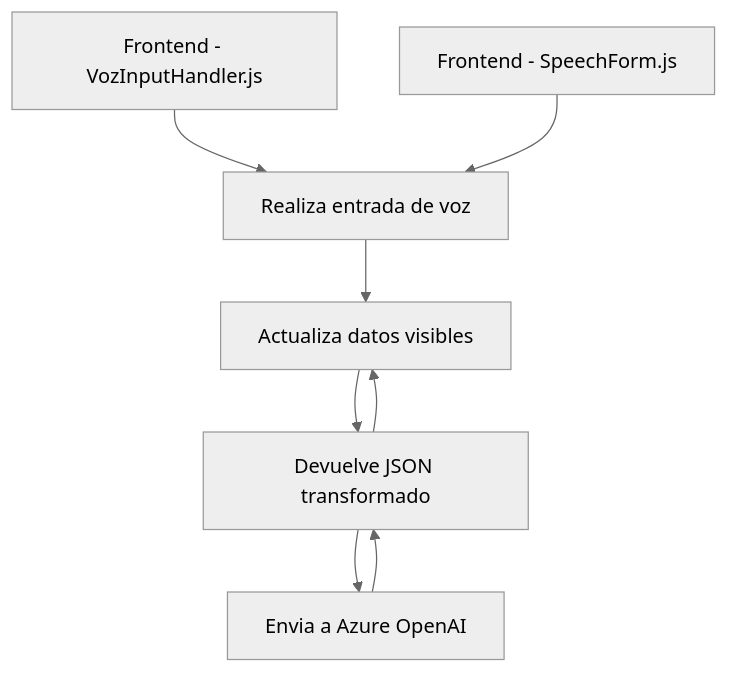
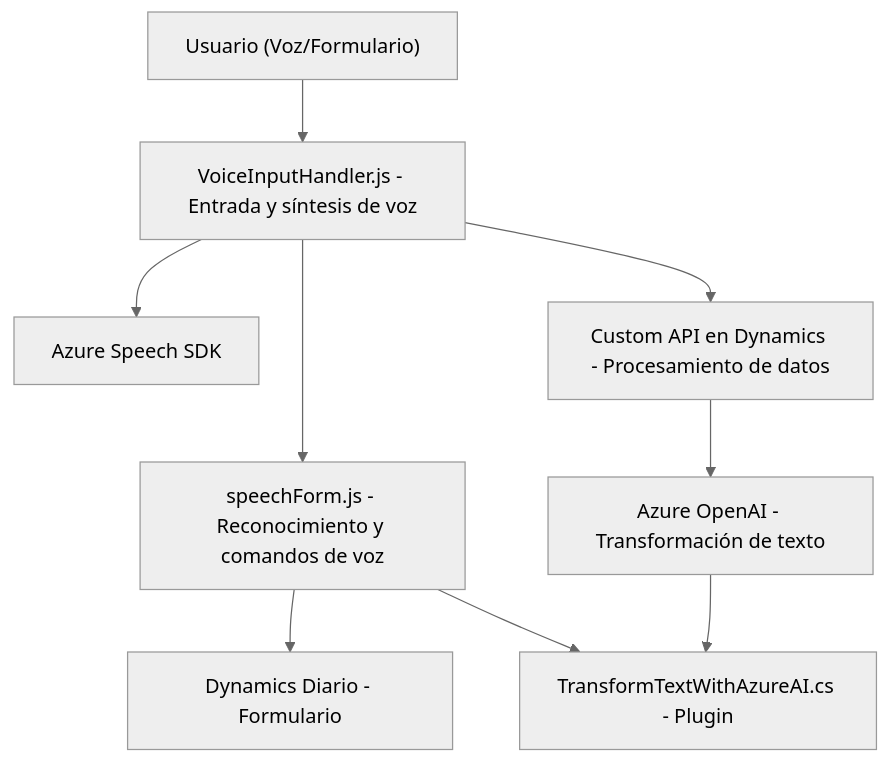
Before and after one commit to blopezdm/NETCORE_BILBAO2025: the diagram in README.md, drawn with Mermaid (neutral theme). The commit also changed other lines of this file, not shown here.

Commit message:
Actualizar análisis global de la solución con IA

````diff
--- a/README.md
+++ b/README.md
@@ -53,17 +36,20 @@
 ```mermaid
 graph TD
-    A["Frontend - VozInputHandler.js"]
-    B["Frontend - SpeechForm.js"]
-    C["API personalizada - Azure Speech SDK"]
-    D["Dynamics Plugin - TransformTextWithAzureAI.cs"]
-    E["Service - Azure OpenAI"]
-    F["Dynamics CRM - FormContext"]
-    
-    A --> C["Procesa síntesis de voz"]
-    B --> C["Realiza entrada de voz"]
-    C --> F["Interactúa con datos"]
-    F --> D["Plugin transforma texto"]
-    D --> E["Envia a Azure OpenAI"]
-    E --> D["Devuelve JSON transformado"]
-    D --> F["Actualiza datos visibles"]
+    A["Usuario (Voz/Formulario)"]
+    B["VoiceInputHandler.js - Entrada y síntesis de voz"]
+    C["speechForm.js - Reconocimiento y comandos de voz"]
+    D["Dynamics Diario - Formulario"]
+    E["TransformTextWithAzureAI.cs - Plugin"]
+    F["Azure OpenAI - Transformación de texto"]
+    G["Azure Speech SDK"]
+    H["Custom API en Dynamics - Procesamiento de datos"]
+
+    A --> B
+    B --> G
+    B --> C
+    C --> D
+    B --> H
+    H --> F
+    F --> E
+    C --> E
 ```
````
